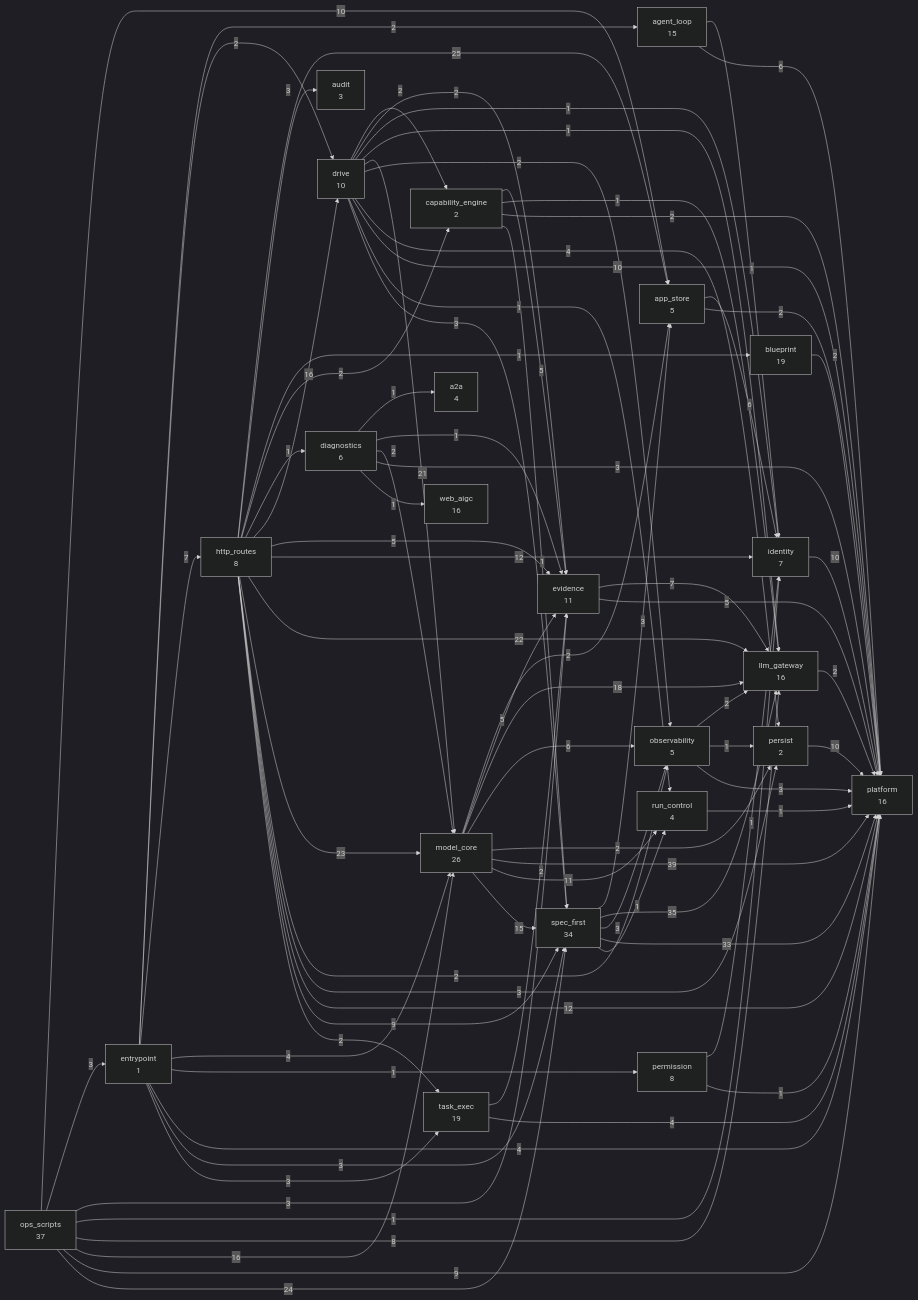
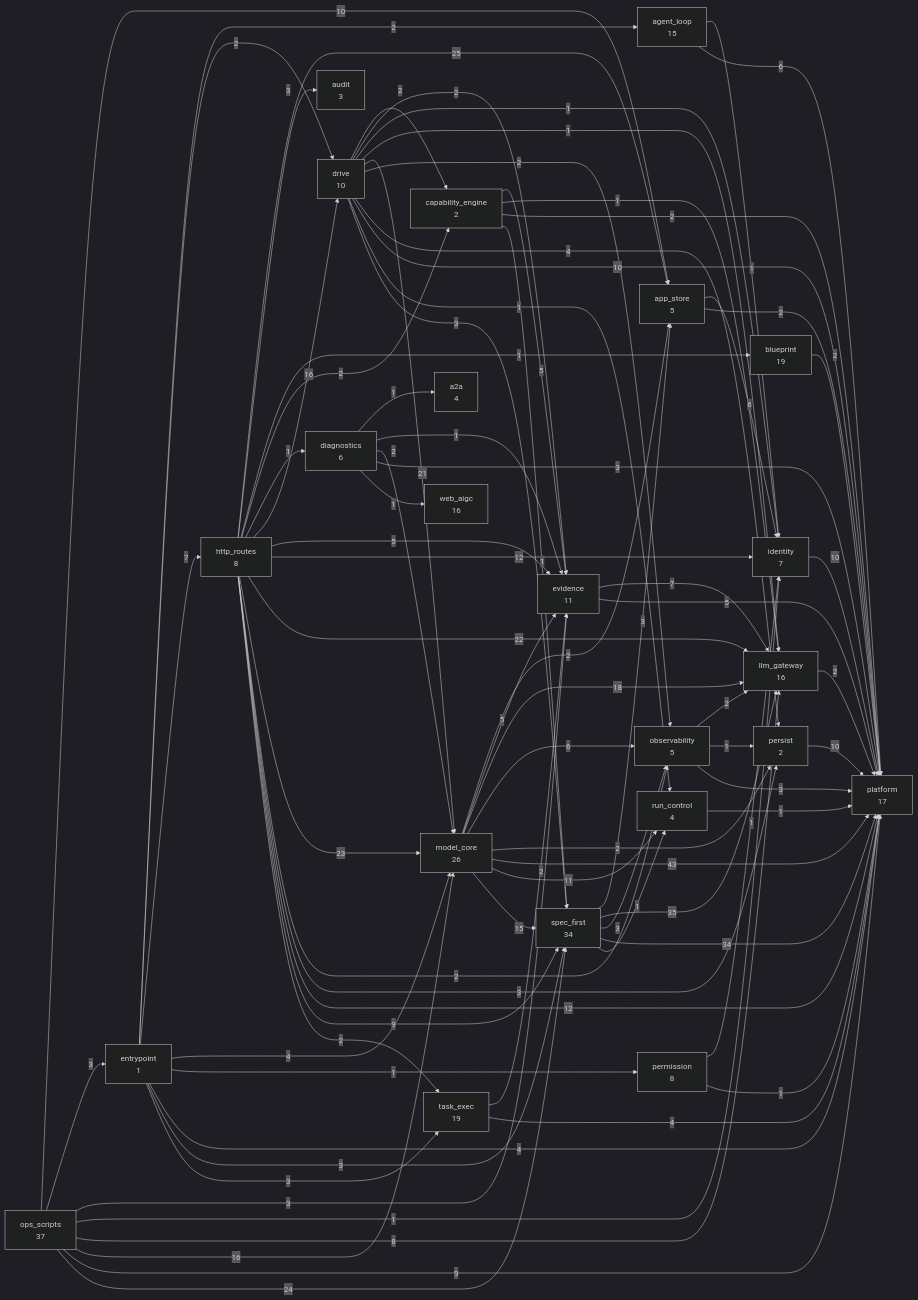
One commit to 2686521696/WhyBuddy changed the second of 2 diagrams in docs/SlideRule V6.2 架构图（自动生成）.md. Above: the diagram before and after it, drawn with Mermaid (dark theme). The commit also changed other lines of this file and 13 other files, not shown here.

```diff
--- a/docs/SlideRule V6.2 架构图（自动生成）.md
+++ b/docs/SlideRule V6.2 架构图（自动生成）.md
@@ -108,7 +108,7 @@
   ops_scripts["ops_scripts<br/>37"]
   permission["permission<br/>8"]
   persist["persist<br/>2"]
-  platform["platform<br/>16"]
+  platform["platform<br/>17"]
   run_control["run_control<br/>4"]
   spec_first["spec_first<br/>34"]
   task_exec["task_exec<br/>19"]
@@ -169,7 +169,7 @@
   model_core -->|18| llm_gateway
   model_core -->|6| observability
   model_core -->|2| persist
-  model_core -->|39| platform
+  model_core -->|43| platform
   model_core -->|11| run_control
   model_core -->|15| spec_first
   observability -->|2| llm_gateway
@@ -190,7 +190,7 @@
   spec_first -->|3| app_store
   spec_first -->|35| llm_gateway
   spec_first -->|3| observability
-  spec_first -->|33| platform
+  spec_first -->|34| platform
   spec_first -->|1| run_control
   task_exec -->|2| evidence
   task_exec -->|4| platform
```
